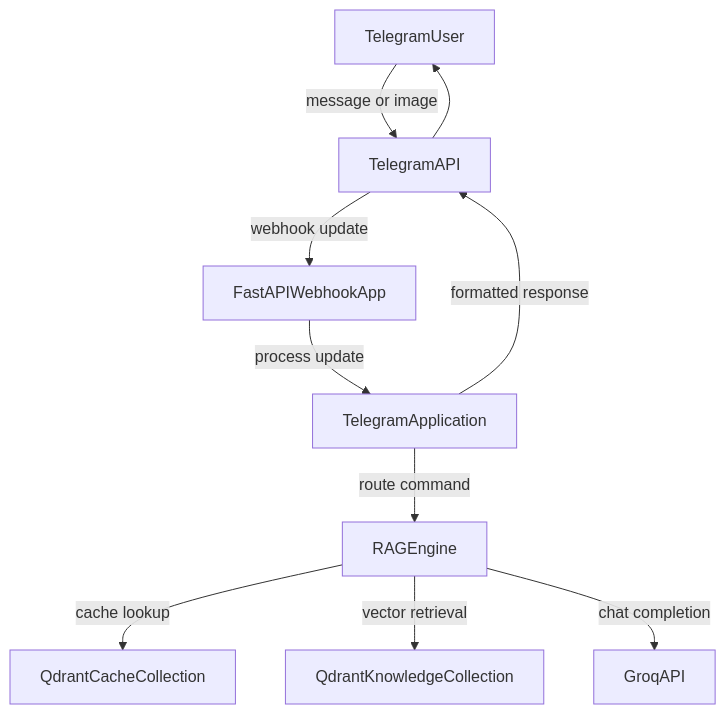
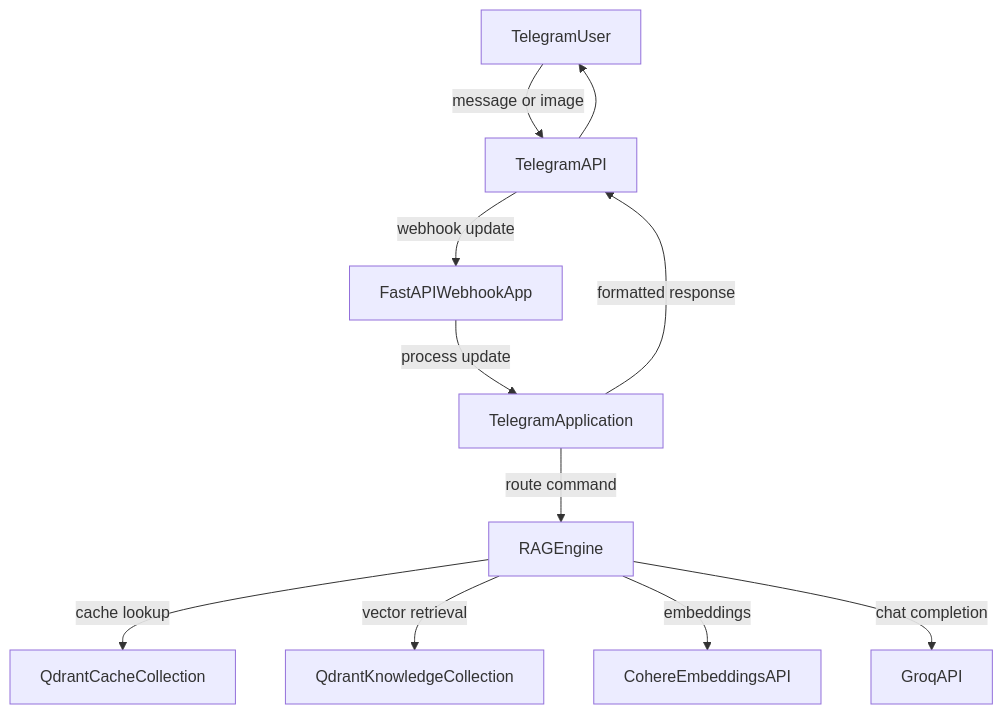
The first of 2 diagrams in README.md (soumyadeep-git/Avivo), drawn with Mermaid before and after one commit. The commit also changed other lines of this file and 5 other files, not shown here.

Commit message:
feat(vercel): switch to Cohere embeddings and fix Qdrant cloud indexing

````diff
--- a/README.md
+++ b/README.md
@@ -17,12 +18,13 @@
 ```mermaid
 flowchart TD
     User[TelegramUser] -->|"message or image"| Telegram[TelegramAPI]
     Telegram -->|"webhook update"| FastAPI[FastAPIWebhookApp]
     FastAPI -->|"process update"| Bot[TelegramApplication]
     Bot -->|"route command"| RAG[RAGEngine]
     RAG -->|"cache lookup"| Cache[QdrantCacheCollection]
     RAG -->|"vector retrieval"| KB[QdrantKnowledgeCollection]
+    RAG -->|"embeddings"| Cohere[CohereEmbeddingsAPI]
     RAG -->|"chat completion"| Groq[GroqAPI]
     Bot -->|"formatted response"| Telegram
     Telegram --> User
 ```
````
